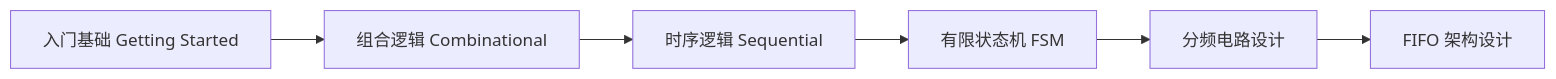
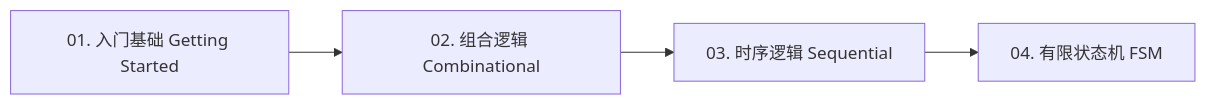
Before and after one commit to hyh20050326-web/notes: the diagram in docs/hdlbits/index.md, drawn with Mermaid. The commit also changed other lines of this file and 5 other files, not shown here.

````diff
--- a/docs/hdlbits/index.md
+++ b/docs/hdlbits/index.md
@@ -9,8 +9,6 @@
 ```mermaid
 graph LR
-    A[入门基础 Getting Started] --> B[组合逻辑 Combinational]
-    B --> C[时序逻辑 Sequential]
-    C --> D[有限状态机 FSM]
-    D --> E[分频电路设计]
-    E --> F[FIFO 架构设计]
+    A[01. 入门基础 Getting Started] --> B[02. 组合逻辑 Combinational]
+    B --> C[03. 时序逻辑 Sequential]
+    C --> D[04. 有限状态机 FSM]
 ```
````
